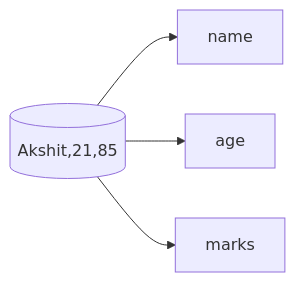
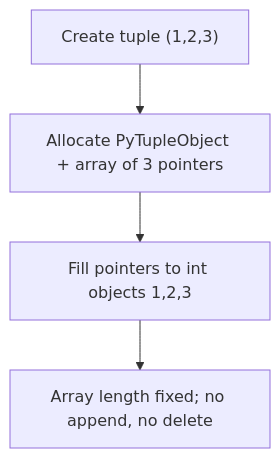
The second of 2 diagrams in 02.Strings & Collections/Notes/05.Tuples.md (SonaniAkshit/python-foundation), drawn with Mermaid before and after one commit. The commit also changed other lines of this file, not shown here.

````diff
--- a/02.Strings & Collections/Notes/05.Tuples.md
+++ b/02.Strings & Collections/Notes/05.Tuples.md
@@ -343,7 +96,6 @@
 ```mermaid
-flowchart LR
-
-A[(Akshit,21,85)] --> B[name]
-A --> C[age]
-A --> D[marks]
+flowchart TD
+    Create["Create tuple (1,2,3)"] --> Allocate[Allocate PyTupleObject + array of 3 pointers]
+    Allocate --> Fill[Fill pointers to int objects 1,2,3]
+    Fill --> Immutable[Array length fixed; no append, no delete]
 ```
````
